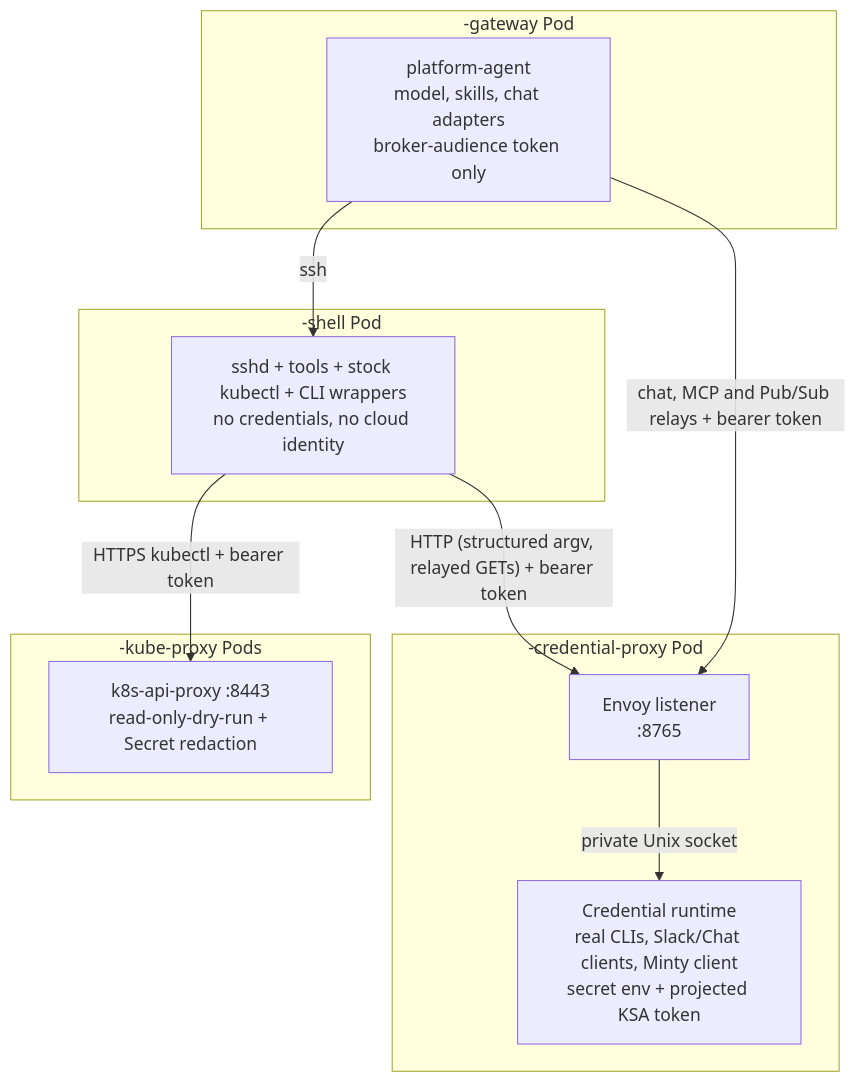
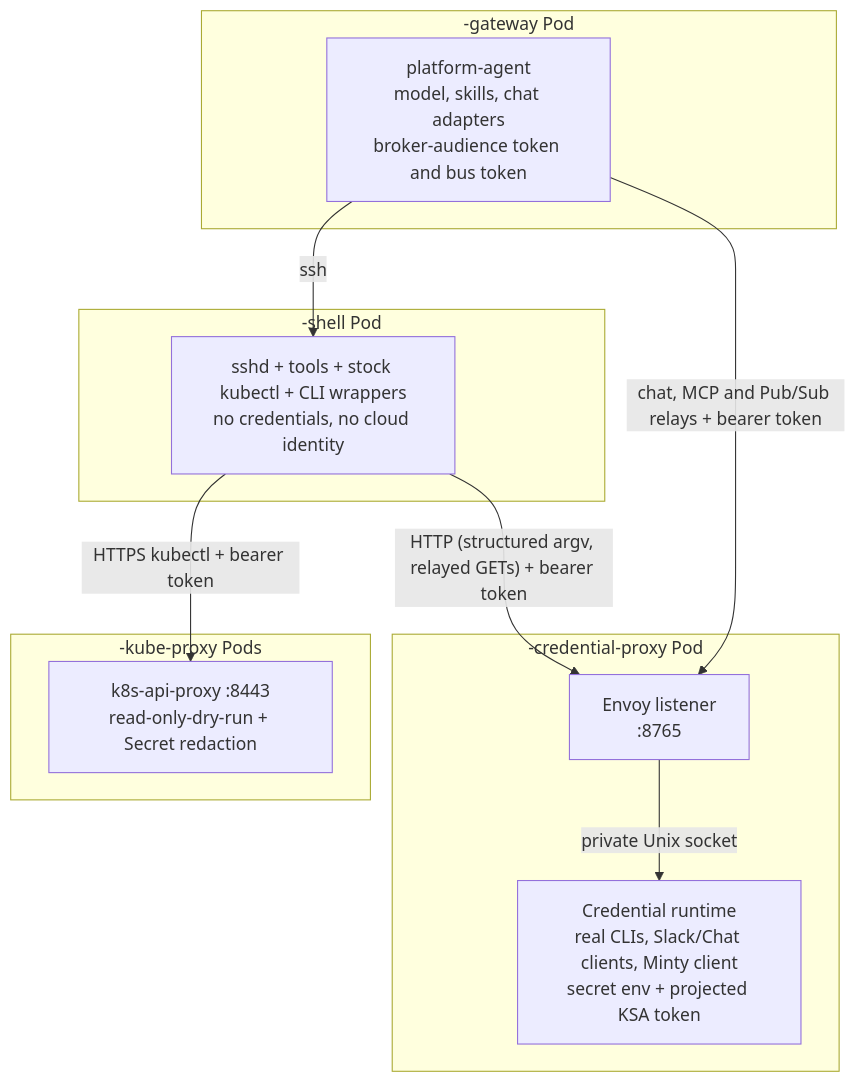
Before and after one commit to gke-labs/kube-agents: the diagram in docs/site/src/content/docs/reference/credential-isolation.md, drawn with Mermaid. The commit also changed 9 other files, not shown here.

````diff
--- a/docs/site/src/content/docs/reference/credential-isolation.md
+++ b/docs/site/src/content/docs/reference/credential-isolation.md
@@ -45,21 +45,21 @@
 ```mermaid
 flowchart TB
     subgraph GW["<name>-gateway Pod"]
-        AGENT["platform-agent<br/>model, skills, chat adapters<br/>broker-audience token only"]
+        AGENT["platform-agent<br/>model, skills, chat adapters<br/>broker-audience token and bus token"]
     end
     subgraph SH["<name>-shell Pod"]
         SHELL["sshd + tools + stock kubectl + CLI wrappers<br/>no credentials, no cloud identity"]
     end
     subgraph KP["<name>-kube-proxy Pods"]
         KPROXY["k8s-api-proxy :8443<br/>read-only-dry-run + Secret redaction"]
     end
     subgraph BR["<name>-credential-proxy Pod"]
         ENVOY["Envoy listener<br/>:8765"]
         RUNTIME["Credential runtime<br/>real CLIs, Slack/Chat clients, Minty client<br/>secret env + projected KSA token"]
     end
     AGENT -->|ssh| SHELL
     SHELL -->|"HTTPS kubectl + bearer token"| KPROXY
     SHELL -->|"HTTP (structured argv, relayed GETs) + bearer token"| ENVOY
     AGENT -->|"chat, MCP and Pub/Sub relays + bearer token"| ENVOY
     ENVOY -->|private Unix socket| RUNTIME
 ```
````
